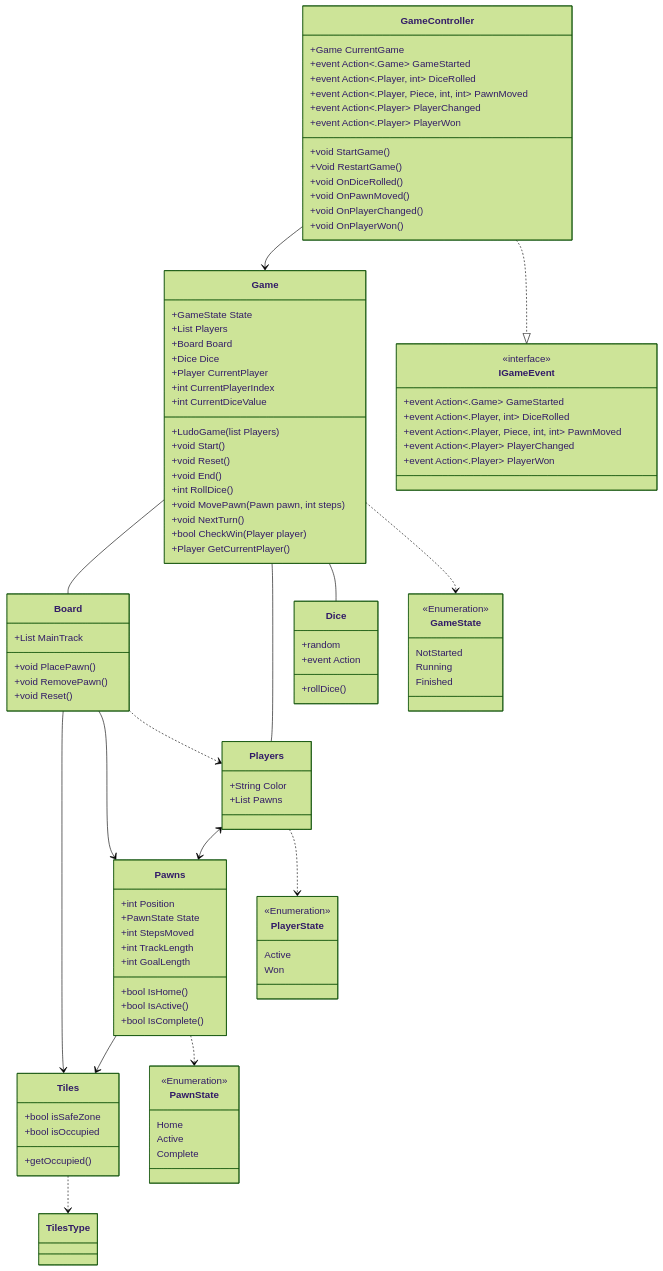
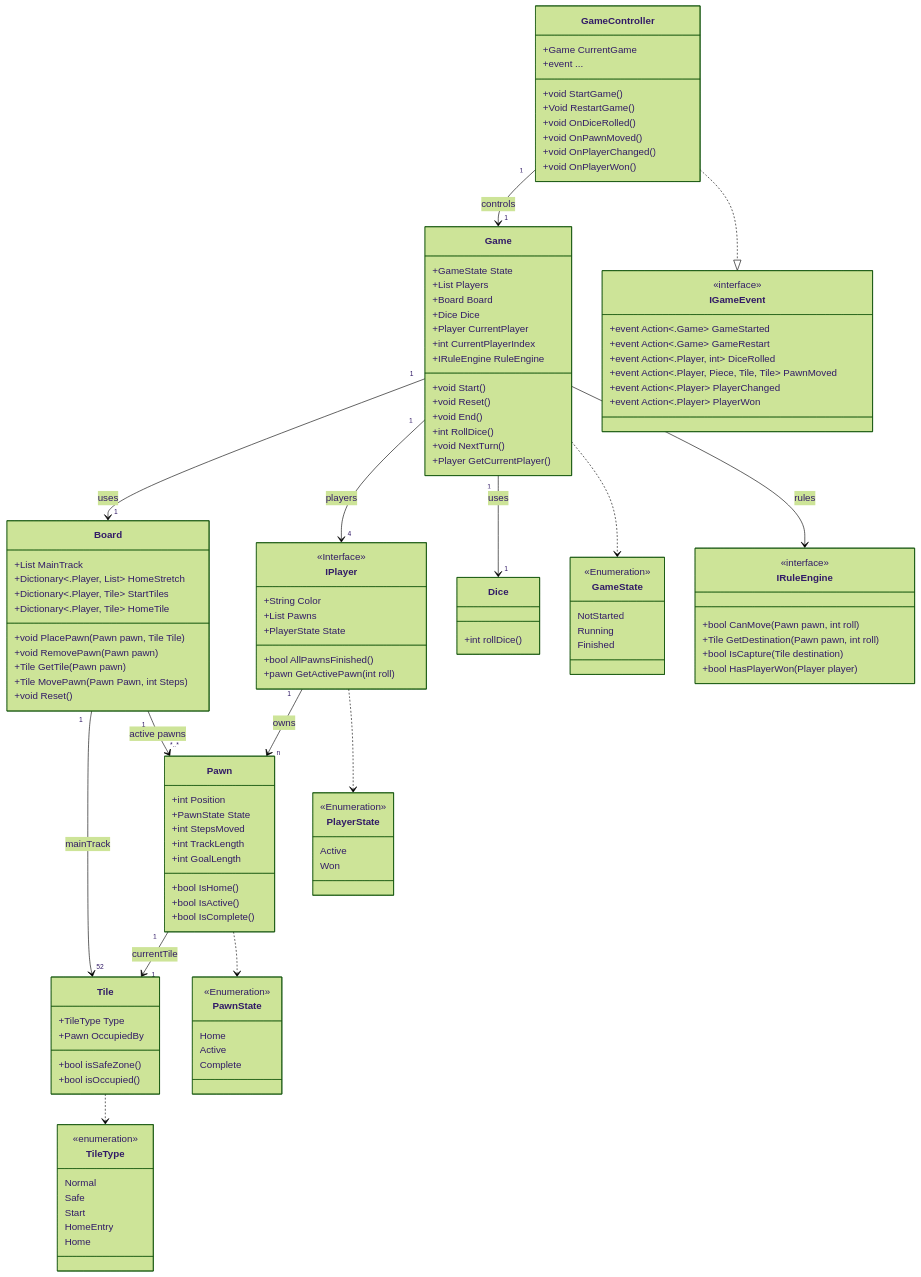
The diagram in Ludo.mmd (aldipascaa/Batch16), drawn with Mermaid (forest theme) before and after one commit. The commit also changed 67 other files, not shown here.

```diff
--- a/Ludo.mmd
+++ b/Ludo.mmd
@@ -1,107 +1,141 @@
 classDiagram
-    GameController-->Game
+    %%Class Relationship Architecture
+    GameController"1"-->"1"Game : controls
+
+    Game"1"-->"1"Board : uses
+    Game"1"-->"4"IPlayer : players
+    Game"1"-->"1"Dice : uses
+
+    Board"1"-->"52"Tile : mainTrack
+    Board"1"-->"*..*"Pawn : active pawns
+    IPlayer"1"-->"n"Pawn : owns
+    Pawn"1"-->"1" Tile :currentTile
+
+    %%Enumeration Class Relation
+    Game..>GameState
+    IPlayer..>PlayerState
+    Pawn..>PawnState
+    Tile..>TileType
+
+    %%Interface
+    Game-->IRuleEngine : rules
     GameController..|> IGameEvent
-    Game--Board
-    Game--Players
-    Game--Dice
-    Board-->Tiles
-    Board-->Pawns
-    Board..>Players
-    Players<-->Pawns
-    Players..>PlayerState
-    Pawns-->Tiles
-    Game..>GameState
-    Pawns..>PawnState
-    Tiles..>TilesType
 
-    class IGameEvent{
-        <<interface>>
-        +event Action<.Game> GameStarted
-        +event Action<.Player, int> DiceRolled
-        +event Action<.Player, Piece, int, int> PawnMoved
-        +event Action<.Player> PlayerChanged
-        +event Action<.Player> PlayerWon
-    }
     class GameController{
         +Game CurrentGame
+        +event ...
+
         +void StartGame()
         +Void RestartGame()
         +void OnDiceRolled()
         +void OnPawnMoved()
         +void OnPlayerChanged()
         +void OnPlayerWon()
-        %%event
-        +event Action<.Game> GameStarted
-        +event Action<.Player, int> DiceRolled
-        +event Action<.Player, Piece, int, int> PawnMoved
-        +event Action<.Player> PlayerChanged
-        +event Action<.Player> PlayerWon
     }
     class Game{
         +GameState State
         +List<Player> Players
         +Board Board
         +Dice Dice
         +Player CurrentPlayer
         +int CurrentPlayerIndex
-        +int CurrentDiceValue
 
-        +LudoGame(list<Player> Players)
+        +IRuleEngine RuleEngine
+
         +void Start()
         +void Reset()
         +void End()
         +int RollDice()
-        +void MovePawn(Pawn pawn, int steps)
         +void NextTurn()
-        +bool CheckWin(Player player)
         +Player GetCurrentPlayer()
     }
     class Board{
         +List<Tiles> MainTrack
-        +void PlacePawn()
-        +void RemovePawn()
+        +Dictionary<.Player, List<Tile>> HomeStretch
+        +Dictionary<.Player, Tile> StartTiles
+        +Dictionary<.Player, Tile> HomeTile
+
+        +void PlacePawn(Pawn pawn, Tile Tile)
+        +void RemovePawn(Pawn pawn)
+        +Tile GetTile(Pawn pawn)
+        +Tile MovePawn(Pawn Pawn, int Steps)
         +void Reset()
     }
     class Dice{
-        +random
-        +rollDice()
-        +event Action
+        +int rollDice()
     }
-    class Players{
+    class IPlayer{
+        <<Interface>>
         +String Color
         +List<Pawn> Pawns
+        +PlayerState State
+
+        +bool AllPawnsFinished()
+        +pawn GetActivePawn(int roll)
     }
-    class Pawns{
+    class Pawn{
         +int Position
         +PawnState State
         +int StepsMoved
         +int TrackLength
         +int GoalLength
+
         +bool IsHome()
         +bool IsActive()
         +bool IsComplete()
 
     }
-    class Tiles{
-        +bool isSafeZone
-        +bool isOccupied
-        +getOccupied()
+    class Tile{
+        +TileType Type
+        +Pawn OccupiedBy
+
+        +bool isSafeZone()
+        +bool isOccupied()
     }
+
     %%ENUMS
     class GameState{
         <<Enumeration>>
         NotStarted
         Running
         Finished
     }
     class PlayerState{
         <<Enumeration>>
         Active
         Won
     }
     class PawnState{
         <<Enumeration>>
         Home
         Active
         Complete
     }
+
+    class TileType{
+        <<enumeration>>
+        Normal
+        Safe
+        Start
+        HomeEntry
+        Home
+    }
+
+
+    class IGameEvent{
+        <<interface>>
+        +event Action<.Game> GameStarted
+        +event Action<.Game> GameRestart
+        +event Action<.Player, int> DiceRolled
+        +event Action<.Player, Piece, Tile, Tile> PawnMoved
+        +event Action<.Player> PlayerChanged
+        +event Action<.Player> PlayerWon
+    }
+
+    class IRuleEngine{
+        <<interface>>
+        +bool CanMove(Pawn pawn, int roll)
+        +Tile GetDestination(Pawn pawn, int roll)
+        +bool IsCapture(Tile destination)
+        +bool HasPlayerWon(Player player)
+    }
```
